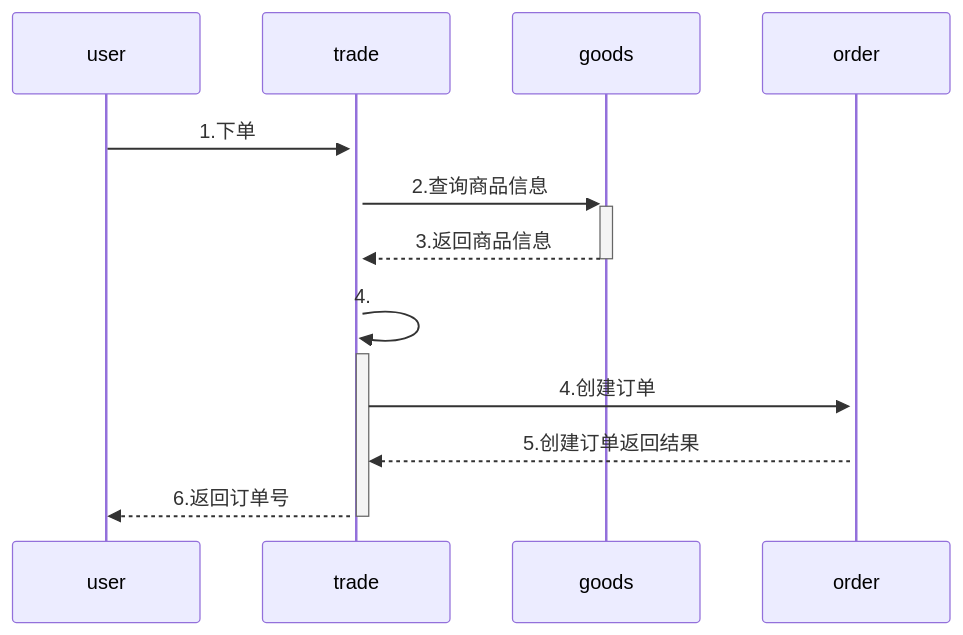
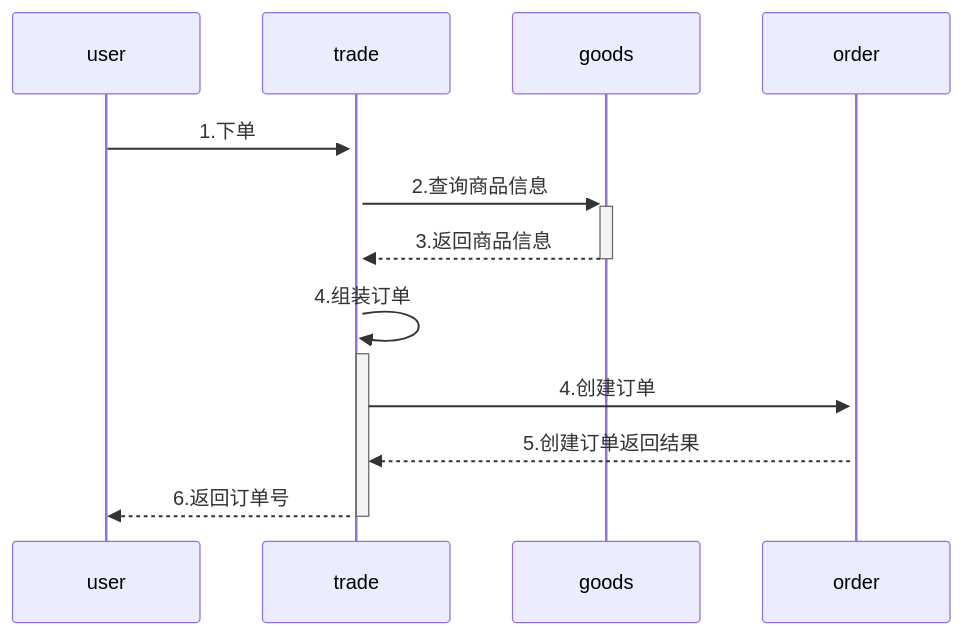
One commit to yingjianzh/iodraw-files changed the diagram in all/未命名-6.md. Above: the diagram before and after it, drawn with Mermaid.

Commit message:
2024-08-19 15:23:44 update

````diff
--- a/all/未命名-6.md
+++ b/all/未命名-6.md
@@ -1,10 +1,10 @@
 ```mermaid
 sequenceDiagram
     user->>+trade: 1.下单
     trade->>+goods: 2.查询商品信息
     goods-->>-trade: 3.返回商品信息
-    trade->>+trade: 4.
+    trade->>+trade: 4.组装订单
     trade->>+order: 4.创建订单
     order-->>trade: 5.创建订单返回结果
     trade-->>-user: 6.返回订单号
 ```
````
